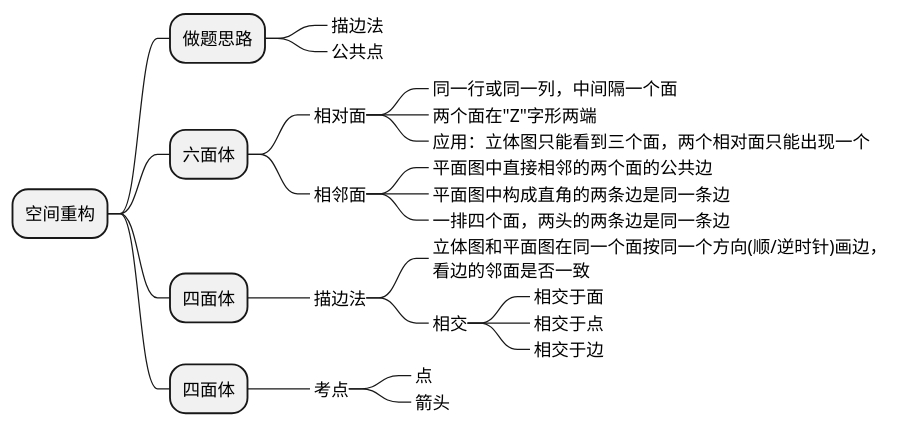
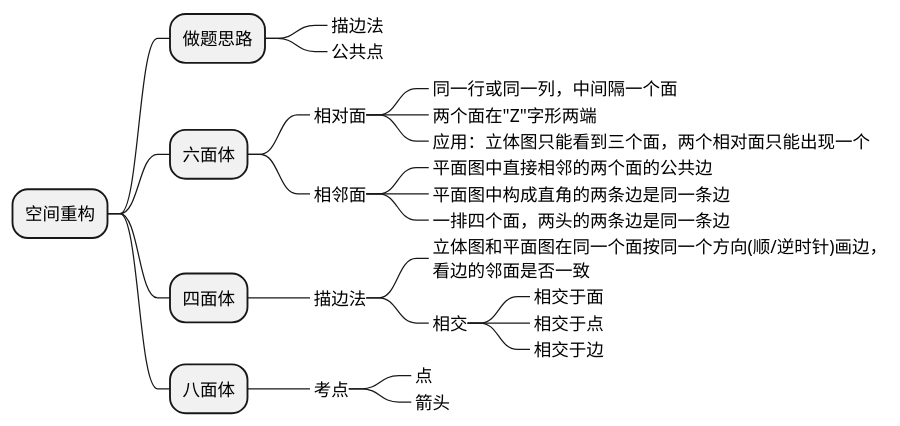
The sixth of 10 diagrams in source/_posts/math/gongkao-tuili.md (holmofy/blog.hufeifei.cn), drawn with PlantUML before and after one commit. The commit also changed other lines of this file, not shown here.

````diff
--- a/source/_posts/math/gongkao-tuili.md
+++ b/source/_posts/math/gongkao-tuili.md
@@ -173,28 +173,28 @@
 ```puml
 @startmindmap
 * 空间重构
 ** 做题思路
 ***_ 描边法
 ***_ 公共点
 ** 六面体
 ***_ 相对面
 ****_ 同一行或同一列，中间隔一个面
 ****_ 两个面在"Z"字形两端
 ****_ 应用：立体图只能看到三个面，两个相对面只能出现一个
 ***_ 相邻面
 ****_ 平面图中直接相邻的两个面的公共边
 ****_ 平面图中构成直角的两条边是同一条边
 ****_ 一排四个面，两头的两条边是同一条边
 ** 四面体
 ***_ 描边法
 ****_ 立体图和平面图在同一个面按同一个方向(顺/逆时针)画边，\n看边的邻面是否一致
 ****_ 相交
 *****_ 相交于面
 *****_ 相交于点
 *****_ 相交于边
-** 四面体
+** 八面体
 ***_ 考点
 ****_ 点
 ****_ 箭头
 @endmindmap
 ```
````
